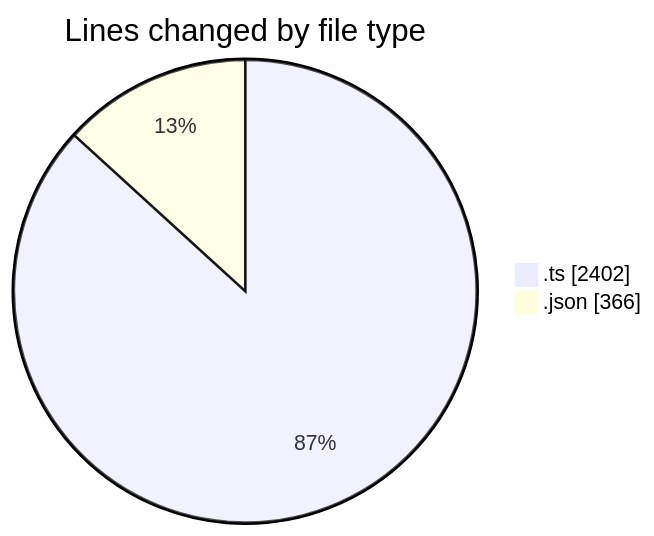
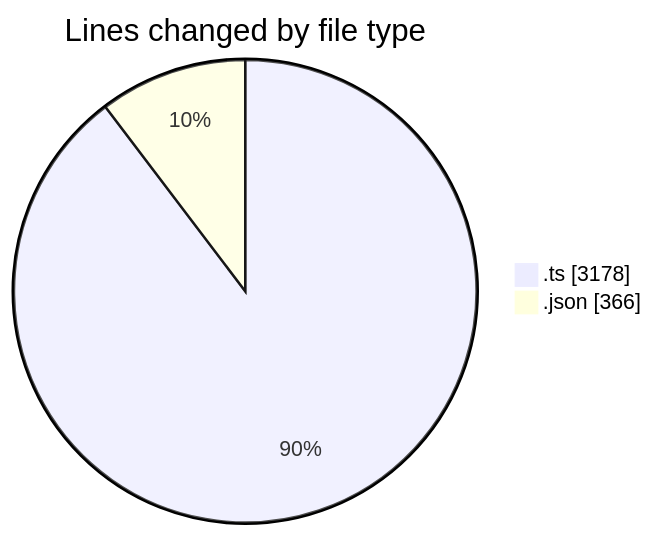
Before and after one commit to momahboobian/code-tracking: the first of 2 diagrams in 2025-10-27/cda/README.md, drawn with Mermaid. The commit also changed other lines of this file and 1 other file, not shown here.

````diff
--- a/2025-10-27/cda/README.md
+++ b/2025-10-27/cda/README.md
@@ -26,6 +26,6 @@
 ```mermaid
 pie showData
 title Lines changed by file type
-".ts" : 2402
+".ts" : 3178
 ".json" : 366
 ```
````
